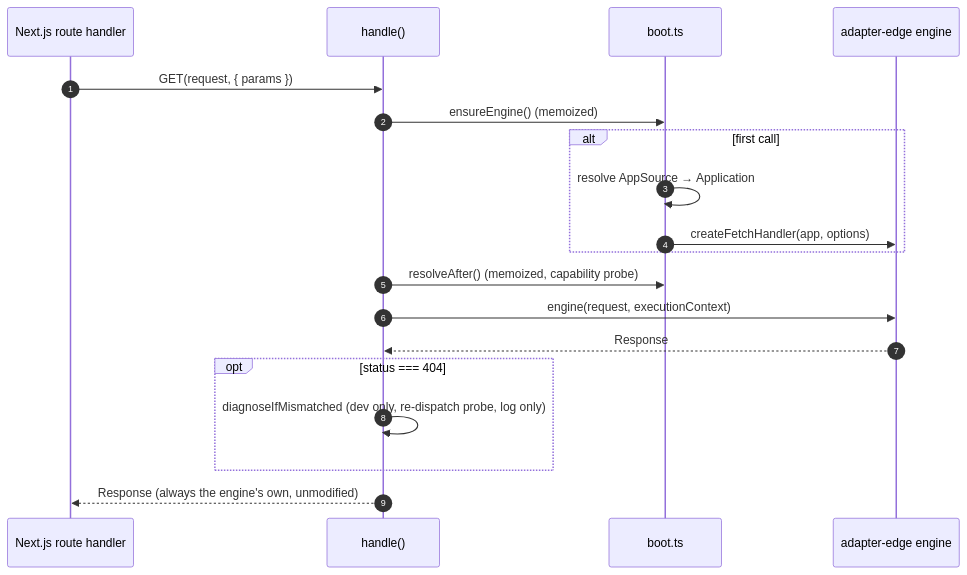
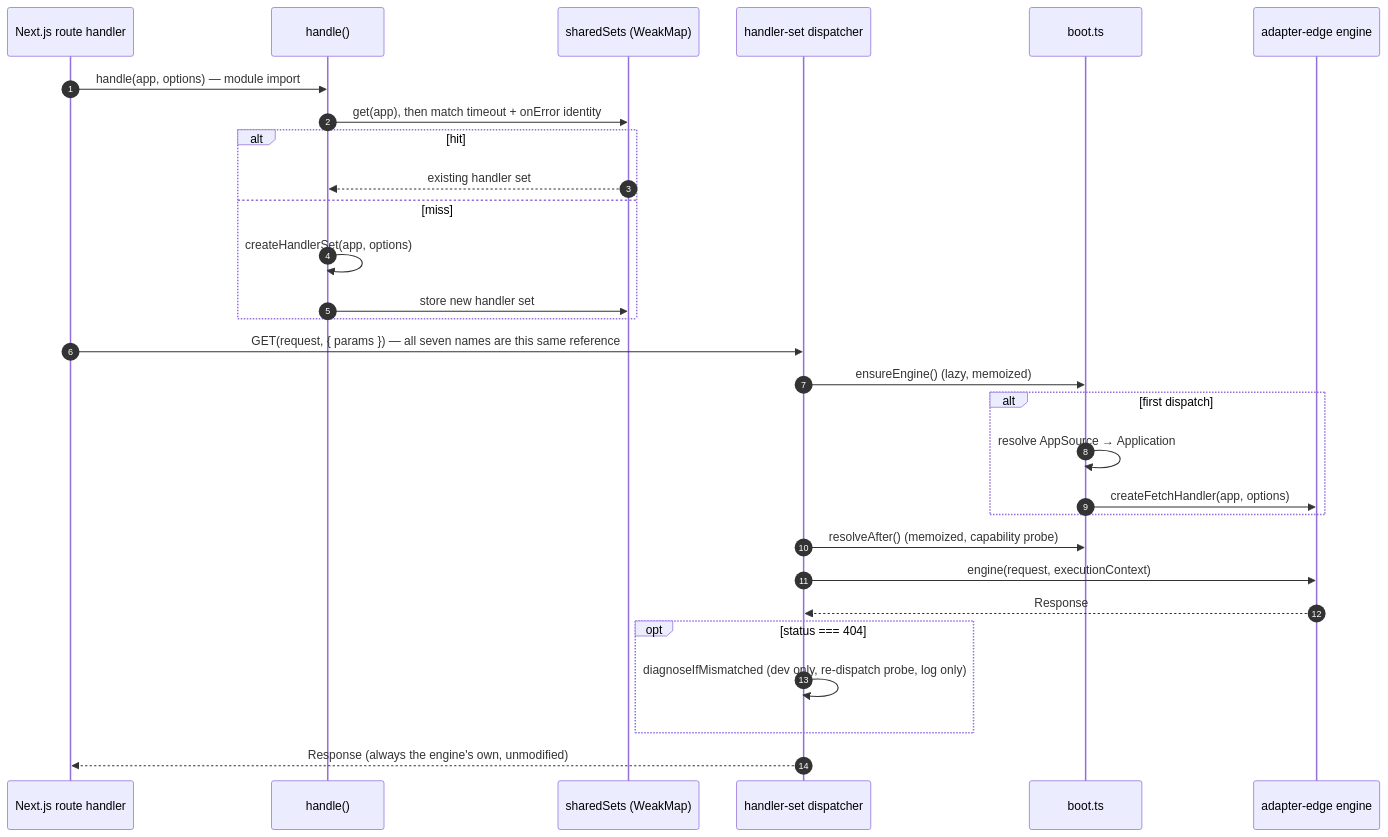
One commit to 0xTanzim/nextRush changed the third of 3 diagrams in packages/adapters/nextjs/ARCHITECTURE.md. Above: the diagram before and after it, drawn with Mermaid. The commit also changed other lines of this file and 1 other file, not shown here.

First line of the commit message:
docs(nextjs): document the callable handler set and shared engine

````diff
--- a/packages/adapters/nextjs/ARCHITECTURE.md
+++ b/packages/adapters/nextjs/ARCHITECTURE.md
@@ -131,22 +150,32 @@
 ```mermaid
 sequenceDiagram
     autonumber
     participant N as Next.js route handler
     participant H as handle()
+    participant C as sharedSets (WeakMap)
+    participant S as handler-set dispatcher
     participant B as boot.ts
     participant E as adapter-edge engine
 
-    N->>H: GET(request, { params })
-    H->>B: ensureEngine() (memoized)
-    alt first call
+    N->>H: handle(app, options) — module import
+    H->>C: get(app), then match timeout + onError identity
+    alt hit
+        C-->>H: existing handler set
+    else miss
+        H->>H: createHandlerSet(app, options)
+        H->>C: store new handler set
+    end
+    N->>S: GET(request, { params }) — all seven names are this same reference
+    S->>B: ensureEngine() (lazy, memoized)
+    alt first dispatch
         B->>B: resolve AppSource → Application
         B->>E: createFetchHandler(app, options)
     end
-    H->>B: resolveAfter() (memoized, capability probe)
-    H->>E: engine(request, executionContext)
-    E-->>H: Response
+    S->>B: resolveAfter() (memoized, capability probe)
+    S->>E: engine(request, executionContext)
+    E-->>S: Response
     opt status === 404
-        H->>H: diagnoseIfMismatched (dev only, re-dispatch probe, log only)
+        S->>S: diagnoseIfMismatched (dev only, re-dispatch probe, log only)
     end
-    H-->>N: Response (always the engine's own, unmodified)
+    S-->>N: Response (always the engine's own, unmodified)
 ```
````
